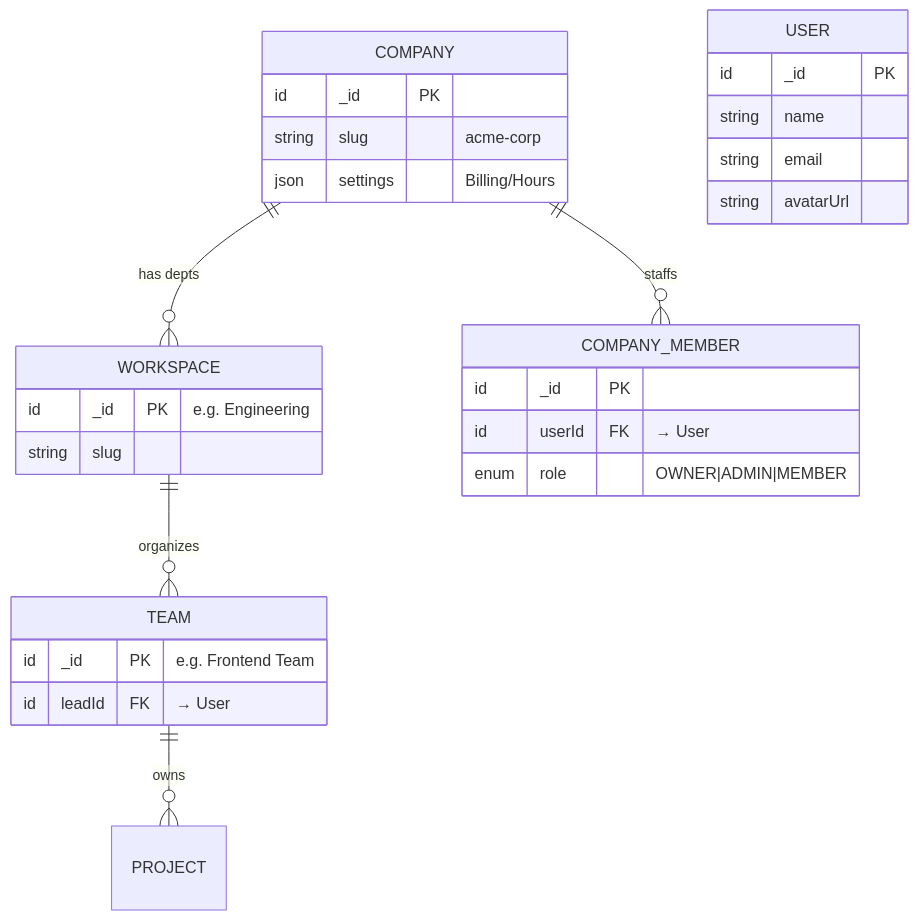
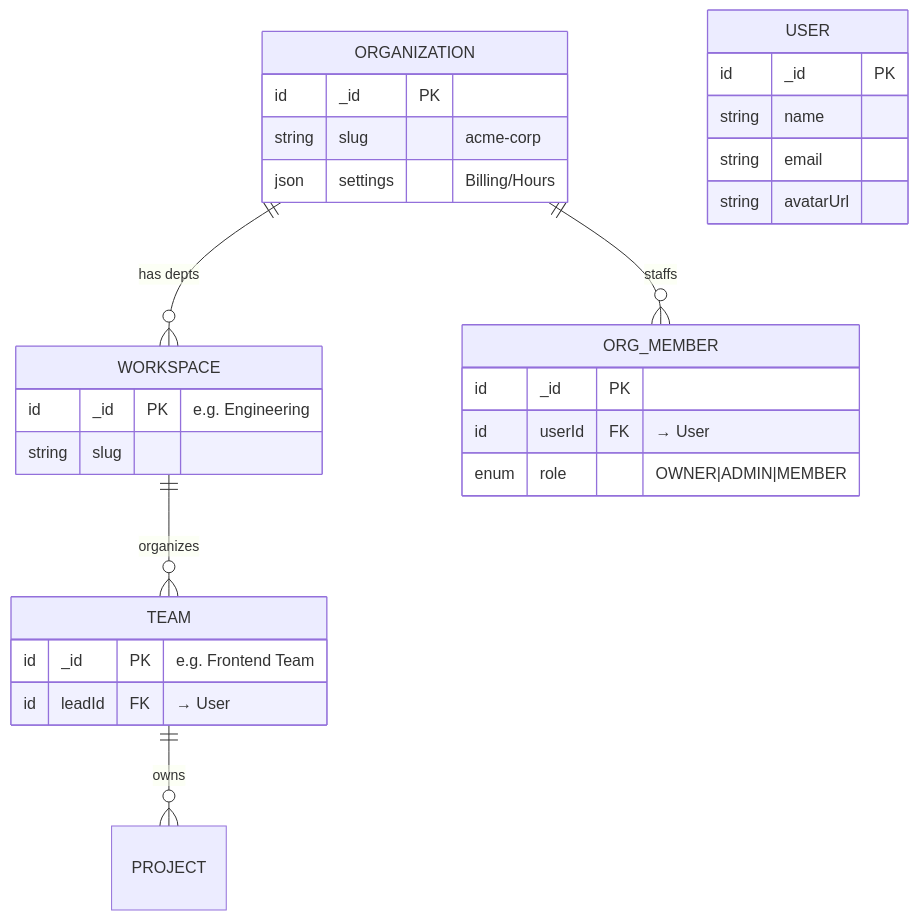
One commit to mikestepanov/cascade changed the second of 10 diagrams in docs/architecture/data-model.md. Above: the diagram before and after it, drawn with Mermaid. The commit also changed 46 other files, not shown here.

````diff
--- a/docs/architecture/data-model.md
+++ b/docs/architecture/data-model.md
@@ -32,36 +32,36 @@
 ```mermaid
 erDiagram
-    COMPANY ||--o{ WORKSPACE : "has depts"
-    COMPANY ||--o{ COMPANY_MEMBER : "staffs"
+    ORGANIZATION ||--o{ WORKSPACE : "has depts"
+    ORGANIZATION ||--o{ ORG_MEMBER : "staffs"
     WORKSPACE ||--o{ TEAM : "organizes"
     TEAM ||--o{ PROJECT : "owns"
 
-    COMPANY {
+    ORGANIZATION {
         id _id PK
         string slug "acme-corp"
         json settings "Billing/Hours"
     }
 
-    COMPANY_MEMBER {
+    ORG_MEMBER {
         id _id PK
         id userId FK "→ User"
         enum role "OWNER|ADMIN|MEMBER"
     }
 
     WORKSPACE {
         id _id PK "e.g. Engineering"
         string slug
     }
 
     TEAM {
         id _id PK "e.g. Frontend Team"
         id leadId FK "→ User"
     }
 
     USER {
         id _id PK
         string name
         string email
         string avatarUrl
     }
 ```
````
